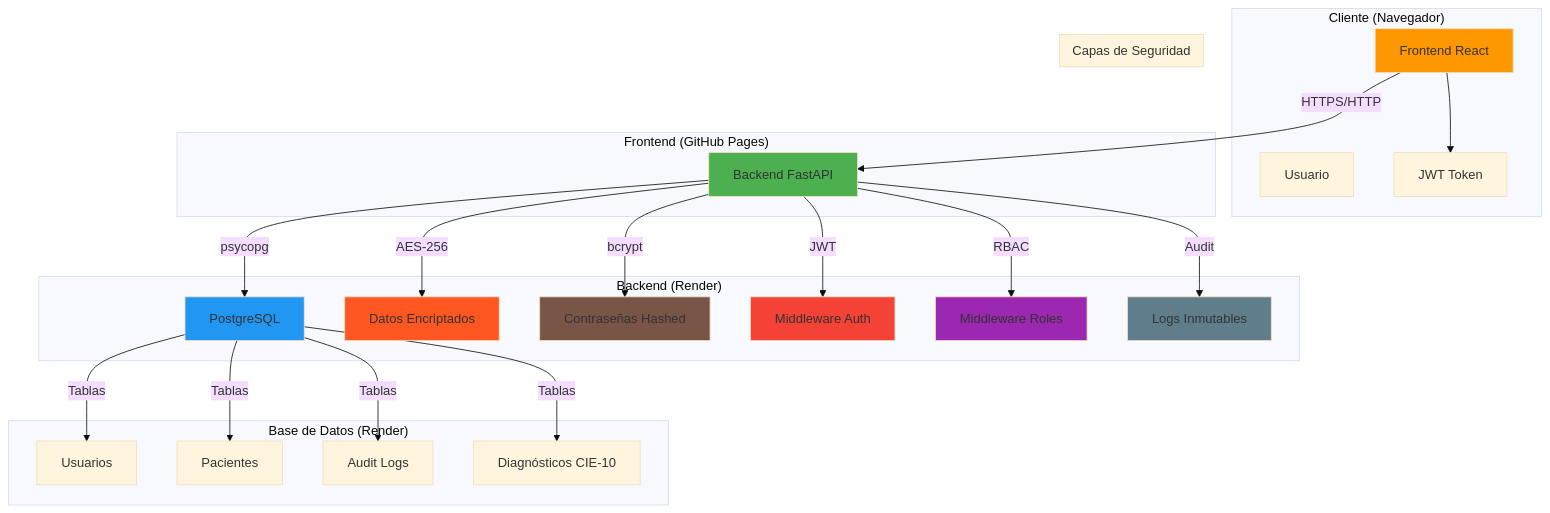
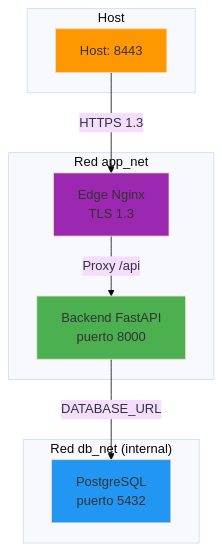
One commit to maffzz/cripto-med changed the diagram in docs/FINAL_REPORT.md. Above: the diagram before and after it, drawn with Mermaid (base theme). The commit also changed other lines of this file and 14 other files, not shown here.

````diff
--- a/docs/FINAL_REPORT.md
+++ b/docs/FINAL_REPORT.md
@@ -355,48 +70,25 @@
 ```mermaid
 graph TB
-    subgraph "Cliente (Navegador)"
-        A[Usuario]
-        B[Frontend React]
-        B --> C[JWT Token]
+    subgraph "Host"
+        H[Host: 8443]
     end
     
-    subgraph "Frontend (GitHub Pages)"
-        B
-        B -->|HTTPS/HTTP| D[Backend FastAPI]
+    subgraph "Red app_net"
+        E[Edge Nginx<br/>TLS 1.3]
+        B[Backend FastAPI<br/>puerto 8000]
     end
     
-    subgraph "Backend (Render)"
-        D
-        D -->|psycopg| E[PostgreSQL]
-        D -->|AES-256| F[Datos Encriptados]
-        D -->|bcrypt| G[Contraseñas Hashed]
-        D -->|JWT| H[Middleware Auth]
-        D -->|RBAC| I[Middleware Roles]
-        D -->|Audit| J[Logs Inmutables]
+    subgraph "Red db_net (internal)"
+        B
+        D[PostgreSQL<br/>puerto 5432]
     end
     
-    subgraph "Base de Datos (Render)"
-        E
-        E -->|Tablas| K[Usuarios]
-        E -->|Tablas| L[Pacientes]
-        E -->|Tablas| M[Audit Logs]
-        E -->|Tablas| N[Diagnósticos CIE-10]
-    end
+    H -->|HTTPS 1.3| E
+    E -->|Proxy /api| B
+    B -->|DATABASE_URL| D
     
-    subgraph "Capas de Seguridad"
-        H
-        I
-        J
-        F
-        G
-    end
-    
-    style D fill:#4CAF50
-    style E fill:#2196F3
-    style B fill:#FF9800
-    style H fill:#f44336
-    style I fill:#9C27B0
-    style J fill:#607D8B
-    style F fill:#FF5722
-    style G fill:#795548
+    style H fill:#FF9800
+    style E fill:#9C27B0
+    style B fill:#4CAF50
+    style D fill:#2196F3
 ```
````
